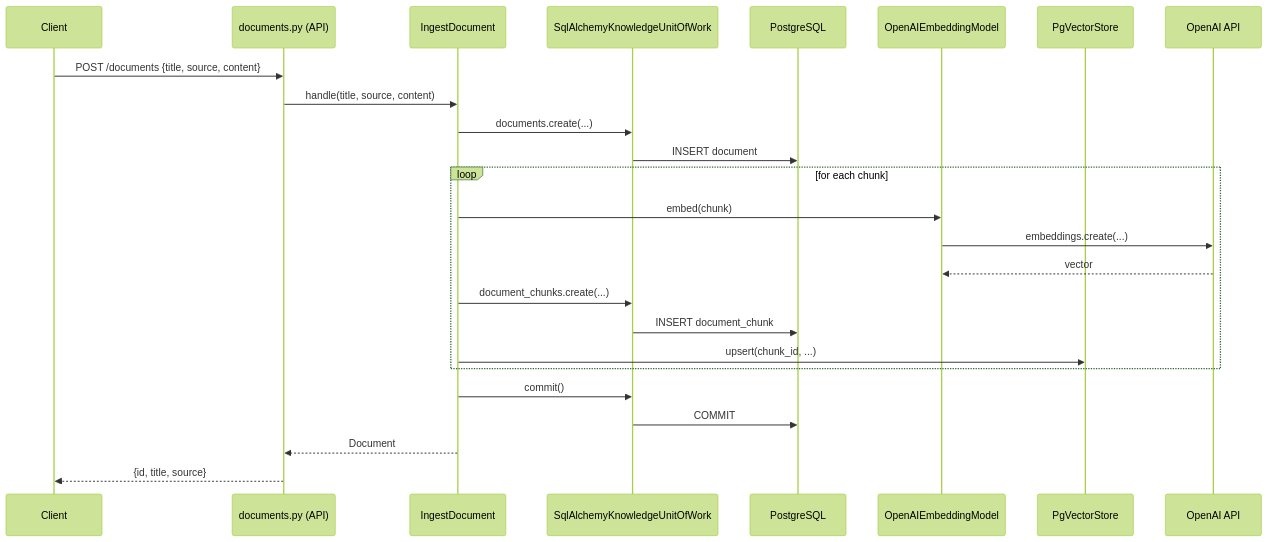
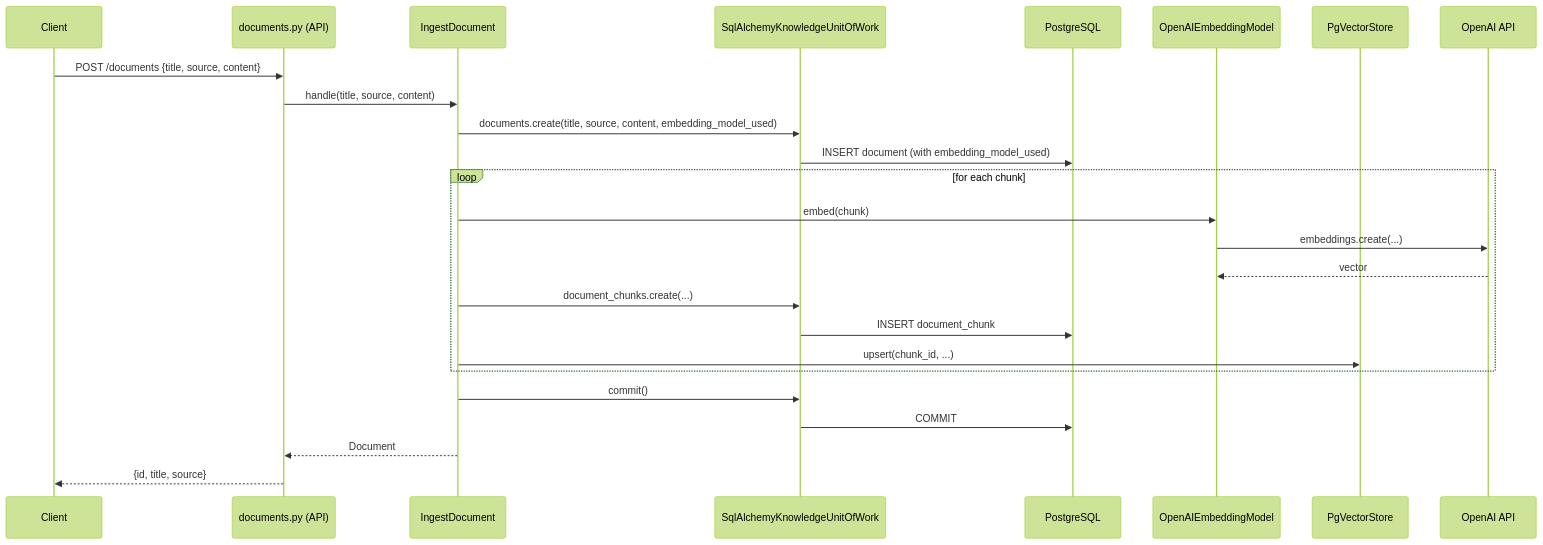
The second of 2 diagrams in docs/development.md (camercadop/knowledge-support-ai-agent), drawn with Mermaid (forest theme) before and after one commit. The commit also changed 22 other files, not shown here.

Commit message:
feat: add dev utility scripts and enhance document ingestion with embedding model tracking

````diff
--- a/docs/development.md
+++ b/docs/development.md
@@ -220,28 +220,28 @@
 ```mermaid
 sequenceDiagram
     participant Client
     participant Router as documents.py (API)
     participant UC as IngestDocument
     participant UoW as SqlAlchemyKnowledgeUnitOfWork
     participant DB as PostgreSQL
     participant Embed as OpenAIEmbeddingModel
     participant VS as PgVectorStore
     participant OpenAI as OpenAI API
 
     Client->>Router: POST /documents {title, source, content}
     Router->>UC: handle(title, source, content)
-    UC->>UoW: documents.create(...)
-    UoW->>DB: INSERT document
+    UC->>UoW: documents.create(title, source, content, embedding_model_used)
+    UoW->>DB: INSERT document (with embedding_model_used)
     loop for each chunk
         UC->>Embed: embed(chunk)
         Embed->>OpenAI: embeddings.create(...)
         OpenAI-->>Embed: vector
         UC->>UoW: document_chunks.create(...)
         UoW->>DB: INSERT document_chunk
         UC->>VS: upsert(chunk_id, ...)
     end
     UC->>UoW: commit()
     UoW->>DB: COMMIT
     UC-->>Router: Document
     Router-->>Client: {id, title, source}
 ```
````
